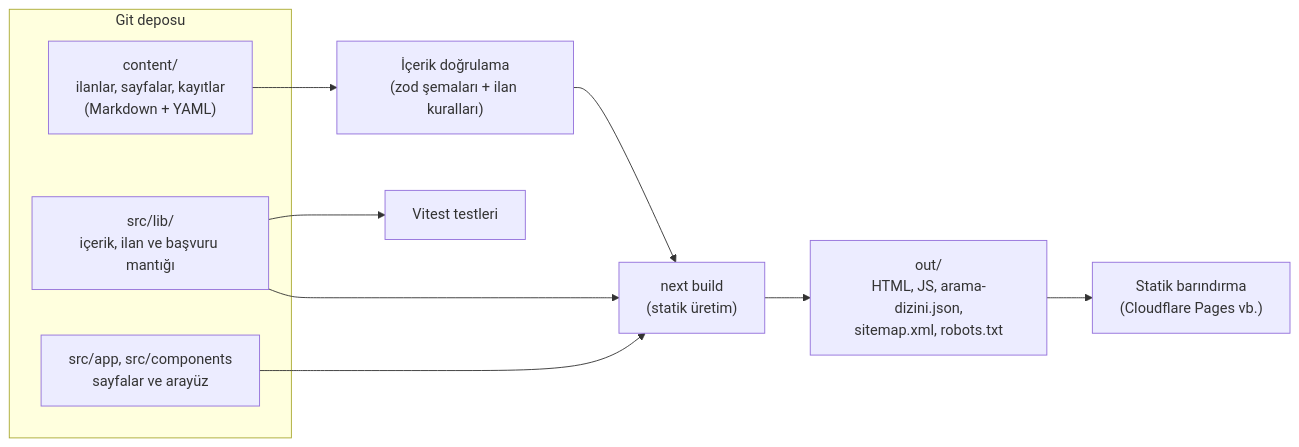
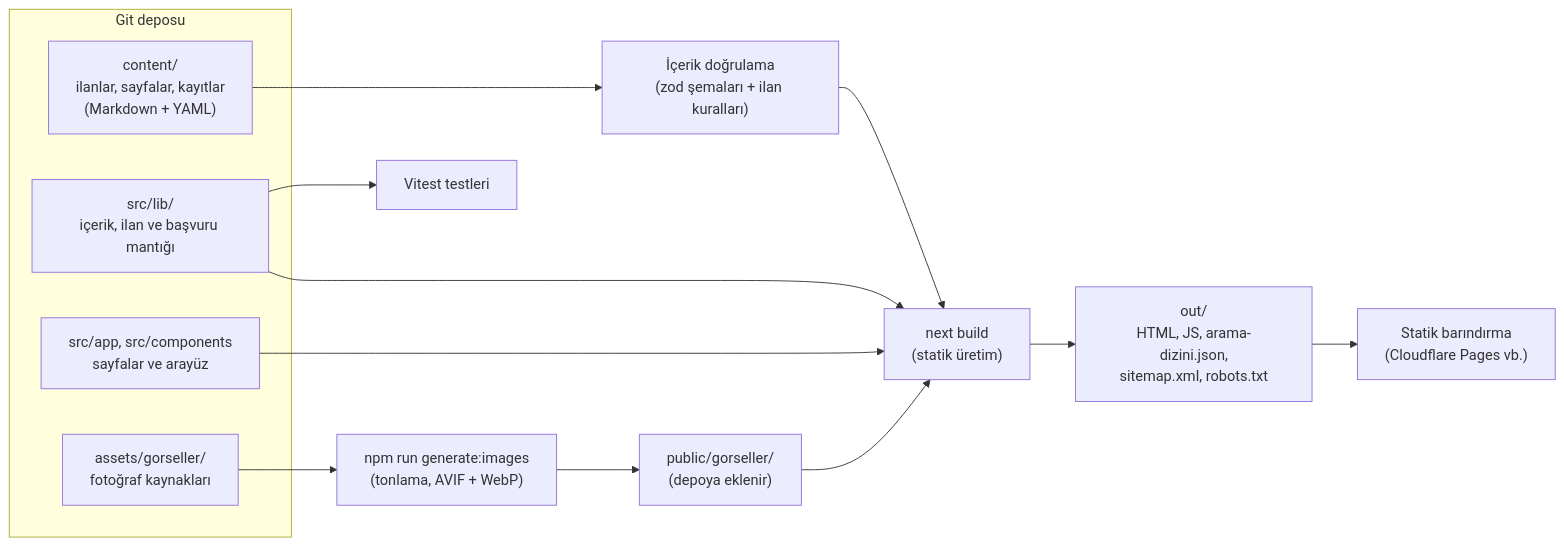
One commit to omerhayva/maden360 changed the diagram in docs/mimari.md. Above: the diagram before and after it, drawn with Mermaid. The commit also changed other lines of this file and 90 other files, not shown here.

````diff
--- a/docs/mimari.md
+++ b/docs/mimari.md
@@ -10,15 +10,19 @@
 ```mermaid
 flowchart LR
     subgraph Depo["Git deposu"]
         C["content/<br/>ilanlar, sayfalar, kayıtlar<br/>(Markdown + YAML)"]
         L["src/lib/<br/>içerik, ilan ve başvuru mantığı"]
         A["src/app, src/components<br/>sayfalar ve arayüz"]
+        G["assets/gorseller/<br/>fotoğraf kaynakları"]
     end
+    G --> P["npm run generate:images<br/>(tonlama, AVIF + WebP)"]
+    P --> PG["public/gorseller/<br/>(depoya eklenir)"]
+    PG --> B
     C --> V["İçerik doğrulama<br/>(zod şemaları + ilan kuralları)"]
     L --> T["Vitest testleri"]
     V --> B["next build<br/>(statik üretim)"]
     L --> B
     A --> B
     B --> O["out/<br/>HTML, JS, arama-dizini.json,<br/>sitemap.xml, robots.txt"]
     O --> H["Statik barındırma<br/>(Cloudflare Pages vb.)"]
 ```
````
